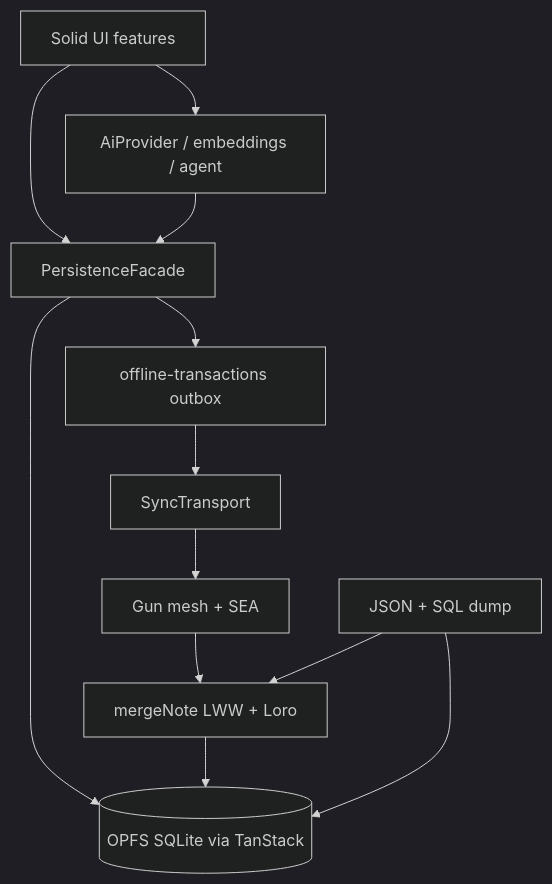
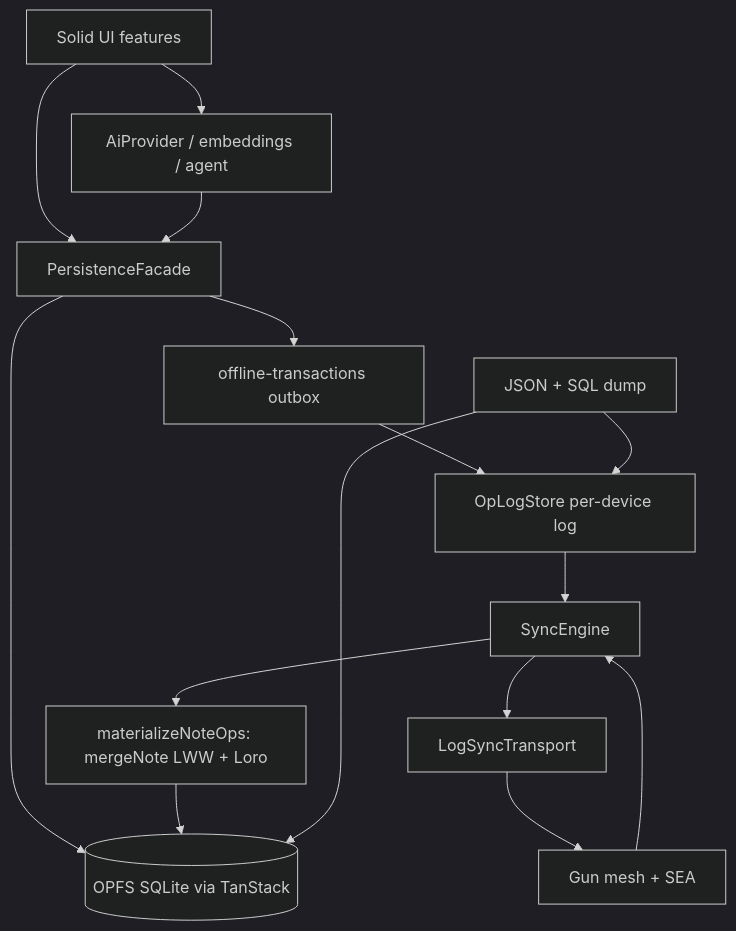
Before and after one commit to kacperpaczos/pwa-local-first-template: the diagram in docs/architecture.md, drawn with Mermaid (dark theme). The commit also changed other lines of this file and 8 other files, not shown here.

````diff
--- a/docs/architecture.md
+++ b/docs/architecture.md
@@ -5,24 +5,29 @@
 ```mermaid
 flowchart TB
   UI[Solid UI features]
   Facade[PersistenceFacade]
   DB[(OPFS SQLite via TanStack)]
   Outbox[offline-transactions outbox]
-  Transport[SyncTransport]
+  Store[OpLogStore per-device log]
+  Engine[SyncEngine]
+  Transport[LogSyncTransport]
   Gun[Gun mesh + SEA]
-  Merge[mergeNote LWW + Loro]
+  Materialize[materializeNoteOps: mergeNote LWW + Loro]
   AI[AiProvider / embeddings / agent]
   Backup[JSON + SQL dump]
 
   UI --> Facade
   UI --> AI
   AI --> Facade
   Facade --> DB
   Facade --> Outbox
-  Outbox --> Transport
+  Outbox --> Store
+  Store --> Engine
+  Engine --> Transport
   Transport --> Gun
-  Gun --> Merge
-  Merge --> DB
-  Backup --> Merge
+  Gun --> Engine
+  Engine --> Materialize
+  Materialize --> DB
+  Backup --> Store
   Backup --> DB
 ```
````
